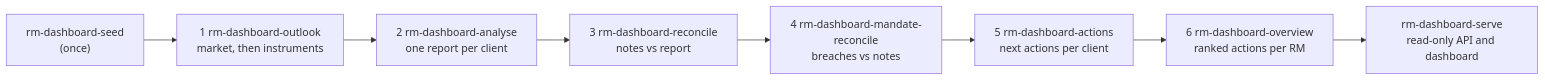
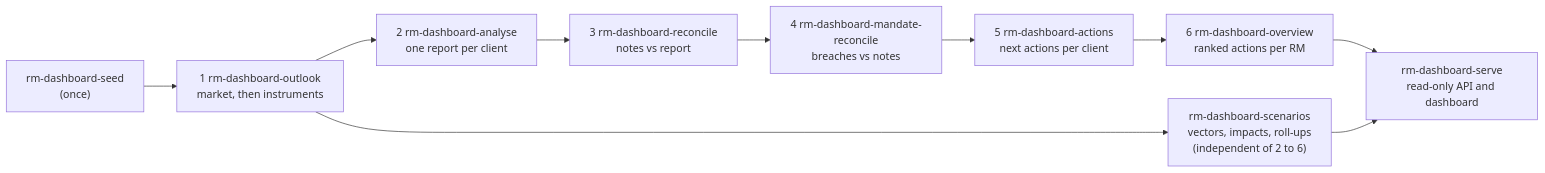
Before and after one commit to webmobix/rmsignal: the second of 8 diagrams in docs/architecture.md, drawn with Mermaid. The commit also changed other lines of this file and 71 other files, not shown here.

````diff
--- a/docs/architecture.md
+++ b/docs/architecture.md
@@ -146,10 +159,12 @@
 ```mermaid
 flowchart LR
   S["rm-dashboard-seed<br/>(once)"] --> O["1 rm-dashboard-outlook<br/>market, then instruments"]
   O --> A["2 rm-dashboard-analyse<br/>one report per client"]
   A --> R["3 rm-dashboard-reconcile<br/>notes vs report"]
   R --> M["4 rm-dashboard-mandate-reconcile<br/>breaches vs notes"]
   M --> C["5 rm-dashboard-actions<br/>next actions per client"]
   C --> V["6 rm-dashboard-overview<br/>ranked actions per RM"]
   V --> W["rm-dashboard-serve<br/>read-only API and dashboard"]
+  O --> SC["rm-dashboard-scenarios<br/>vectors, impacts, roll-ups<br/>(independent of 2 to 6)"]
+  SC --> W
 ```
````
